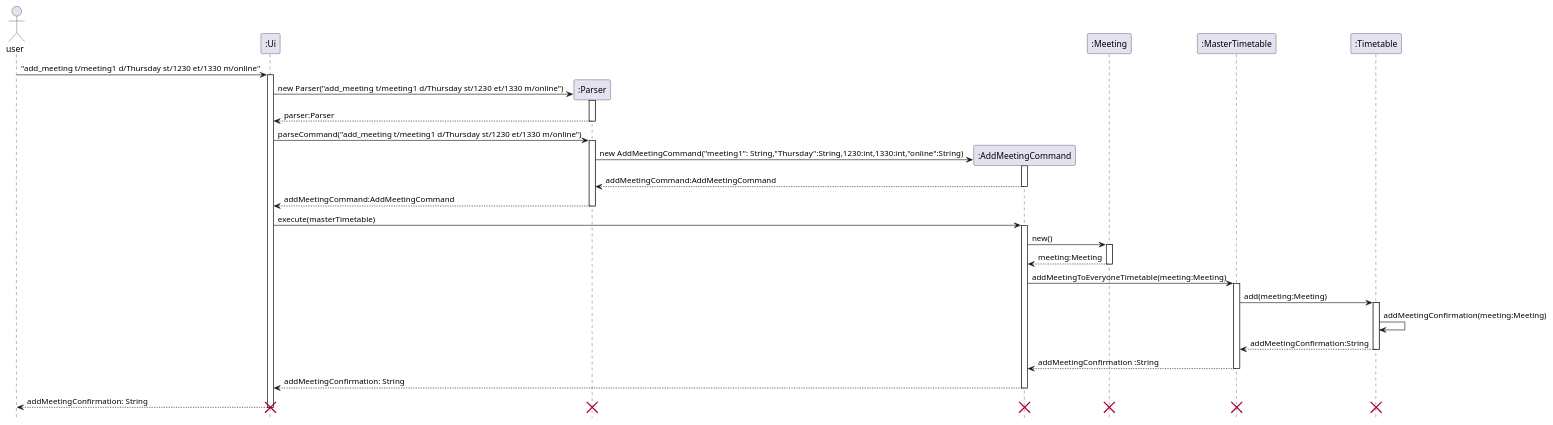
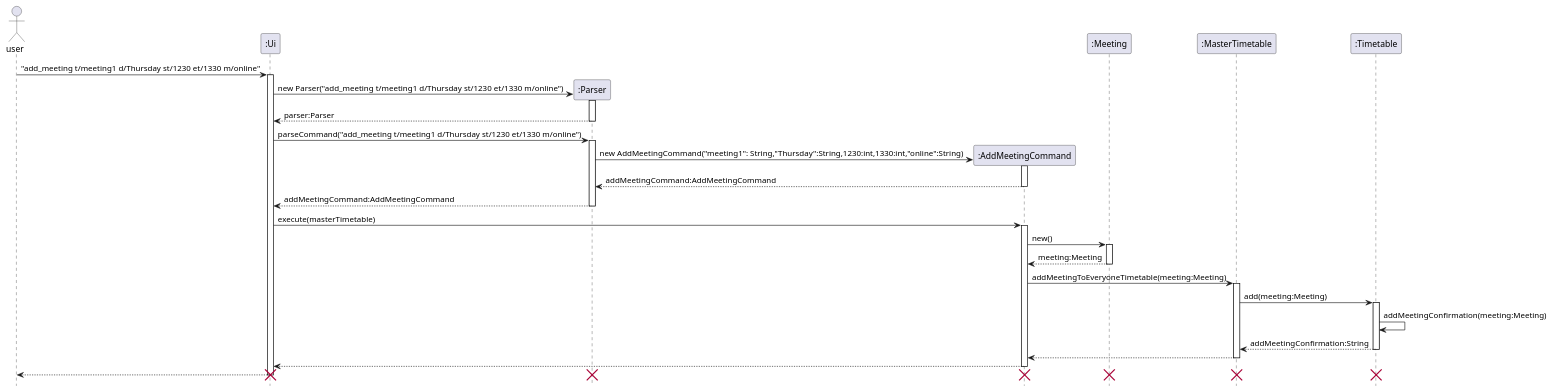
The diagram in docs/diagrams/AddMeetingCommandSequence.puml (nus-cs2113-AY2122S2/tp), drawn with PlantUML before and after one commit.

Commit message:
Edit Sequence diagram for add meeting command

```diff
--- a/docs/diagrams/AddMeetingCommandSequence.puml
+++ b/docs/diagrams/AddMeetingCommandSequence.puml
@@ -1,32 +1,32 @@
 @startuml
 hide footbox
 actor user
 
 
 user -> ":Ui" ++ :"add_meeting t/meeting1 d/Thursday st/1230 et/1330 m/online"
 create ":Parser"
 ":Ui" -> ":Parser" ++: new Parser("add_meeting t/meeting1 d/Thursday st/1230 et/1330 m/online")
 ":Parser" --> ":Ui" --: parser:Parser
 ":Ui" -> ":Parser" ++: parseCommand("add_meeting t/meeting1 d/Thursday st/1230 et/1330 m/online")
 create ":AddMeetingCommand"
 ":Parser" -> ":AddMeetingCommand" ++: new AddMeetingCommand("meeting1": String,"Thursday":String,1230:int,1330:int,"online":String)
 ":AddMeetingCommand" --> ":Parser" --: addMeetingCommand:AddMeetingCommand
 ":Parser" --> ":Ui" --: addMeetingCommand:AddMeetingCommand
 ":Ui" -> ":AddMeetingCommand" ++: execute(masterTimetable)
 ":AddMeetingCommand" -> ":Meeting" ++ : new()
 ":Meeting" --> ":AddMeetingCommand" --: meeting:Meeting
 
 ":AddMeetingCommand" -> ":MasterTimetable" ++: addMeetingToEveryoneTimetable(meeting:Meeting)
 ":MasterTimetable" -> ":Timetable" ++ : add(meeting:Meeting)
 ":Timetable" -> ":Timetable": addMeetingConfirmation(meeting:Meeting)
 ":Timetable" --> ":MasterTimetable" --: addMeetingConfirmation:String
-":MasterTimetable" --> ":AddMeetingCommand" -- : addMeetingConfirmation :String
-":AddMeetingCommand" --> ":Ui" --: addMeetingConfirmation: String
-":Ui" --> "user" --: addMeetingConfirmation: String
+":MasterTimetable" --> ":AddMeetingCommand" -- :
+":AddMeetingCommand" --> ":Ui" --:
+":Ui" --> "user" --:
 destroy ":AddMeetingCommand"
 destroy ":Parser"
 destroy ":Meeting"
 destroy ":Timetable"
 destroy ":MasterTimetable"
 destroy ":Ui"
 @enduml
```
